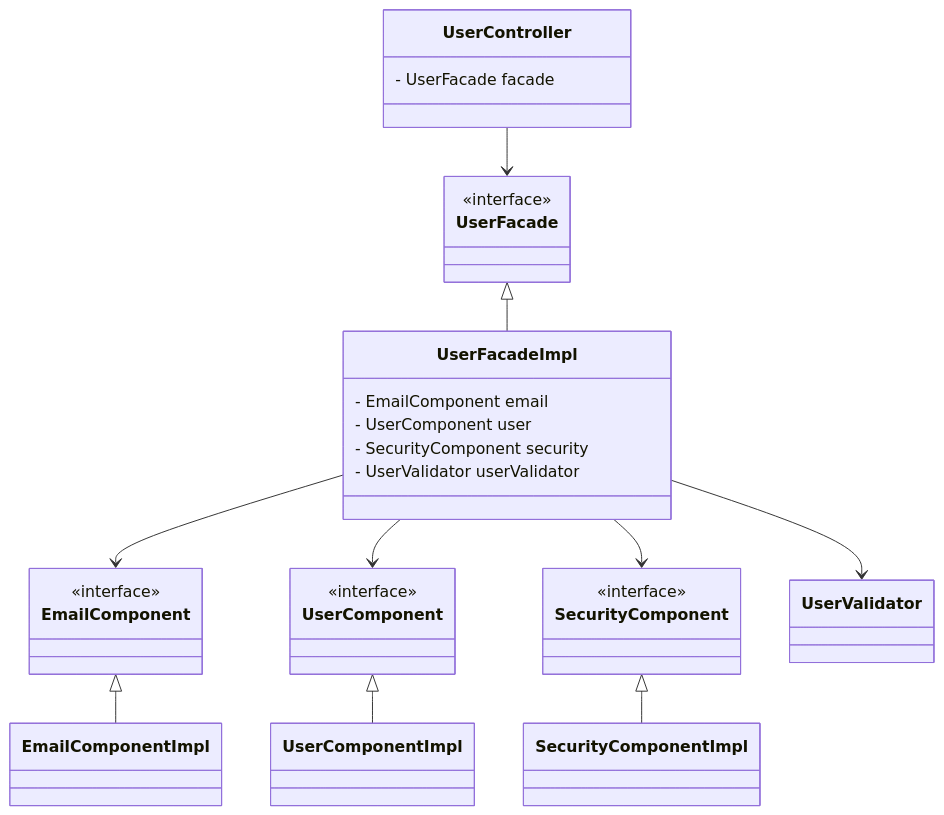
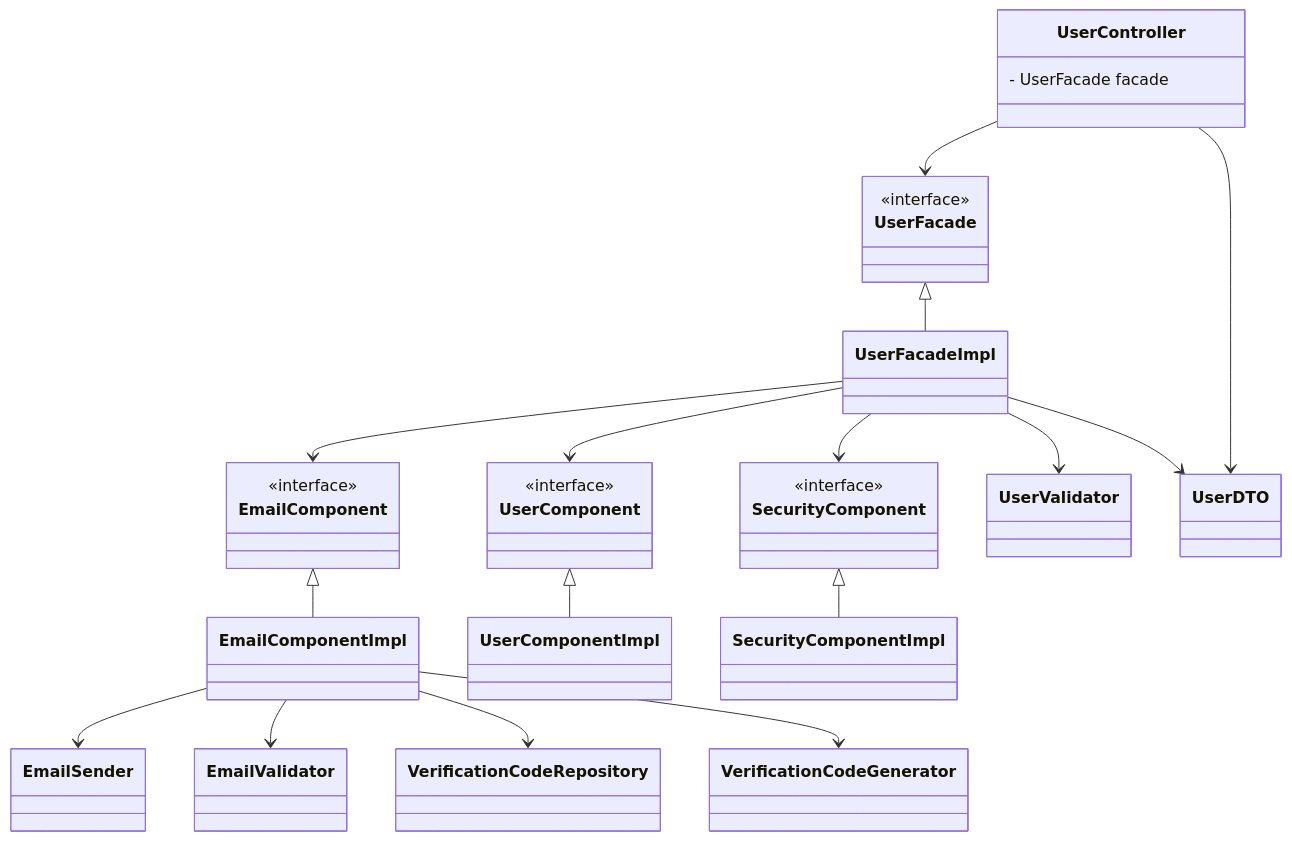
The diagram in README.md (cris6h16/ecommerce-rest-api), drawn with Mermaid before and after one commit.

Commit message:
readme updated

````diff
--- a/README.md
+++ b/README.md
@@ -108,51 +108,65 @@
 ```mermaid
 classDiagram
     class UserController {
         - UserFacade facade
     }
 
+    class UserDTO {
+    }
+
     class UserFacade {
         <<interface>>
     }
-    
+
     class UserFacadeImpl {
-        - EmailComponent email
-        - UserComponent user
-        - SecurityComponent security
-        - UserValidator userValidator
     }
-    
+
     class EmailComponent {
         <<interface>>
     }
-    
+
     class EmailComponentImpl {
     }
-    
+
     class UserComponent {
         <<interface>>
     }
-    
+
     class UserComponentImpl {
     }
-    
+
     class SecurityComponent {
         <<interface>>
     }
-    
+
     class SecurityComponentImpl {
     }
-    
+
     class UserValidator {
     }
-    
+
+    class EmailSender {
+    }
+    class EmailValidator {
+    }
+    class VerificationCodeRepository {
+    }
+    class VerificationCodeGenerator {
+    }
+
     UserController --> UserFacade
     UserFacade <|-- UserFacadeImpl
     UserFacadeImpl --> EmailComponent
     UserFacadeImpl --> UserComponent
     UserFacadeImpl --> SecurityComponent
     UserFacadeImpl --> UserValidator
     EmailComponent <|-- EmailComponentImpl
     UserComponent <|-- UserComponentImpl
     SecurityComponent <|-- SecurityComponentImpl
+    UserFacadeImpl --> UserDTO
+    UserController --> UserDTO
+    EmailComponentImpl --> EmailSender
+    EmailComponentImpl --> EmailValidator
+    EmailComponentImpl --> VerificationCodeRepository
+    EmailComponentImpl --> VerificationCodeGenerator
 ```
````
